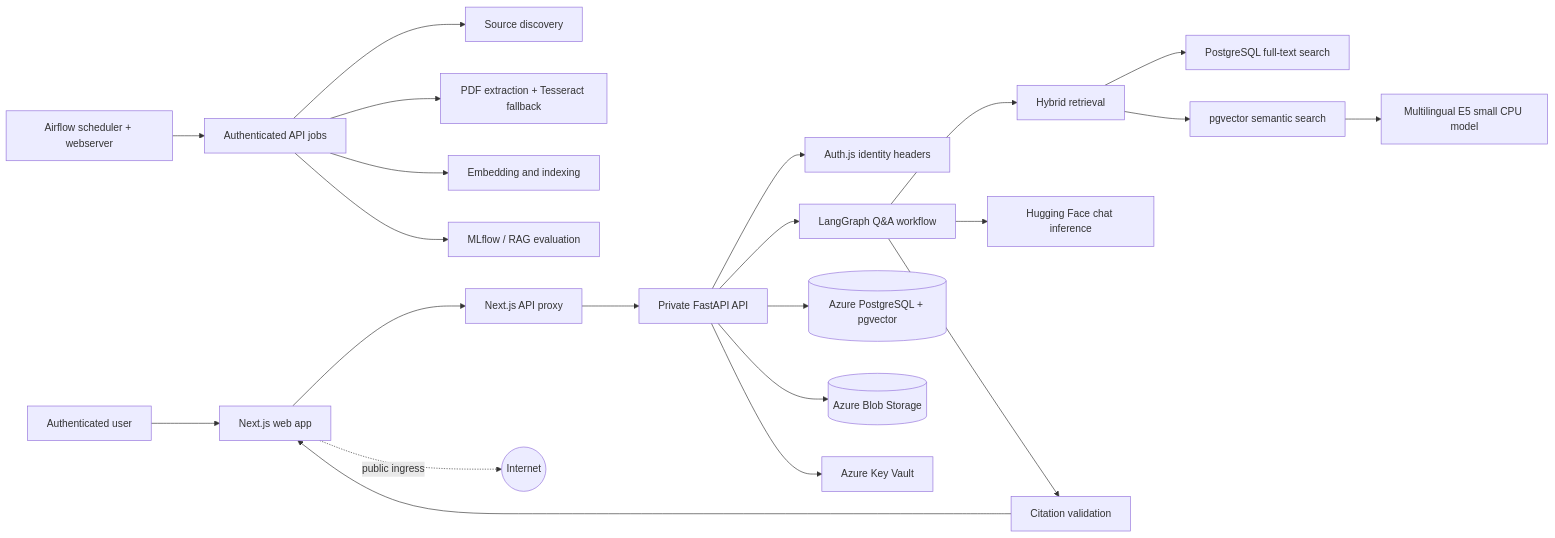
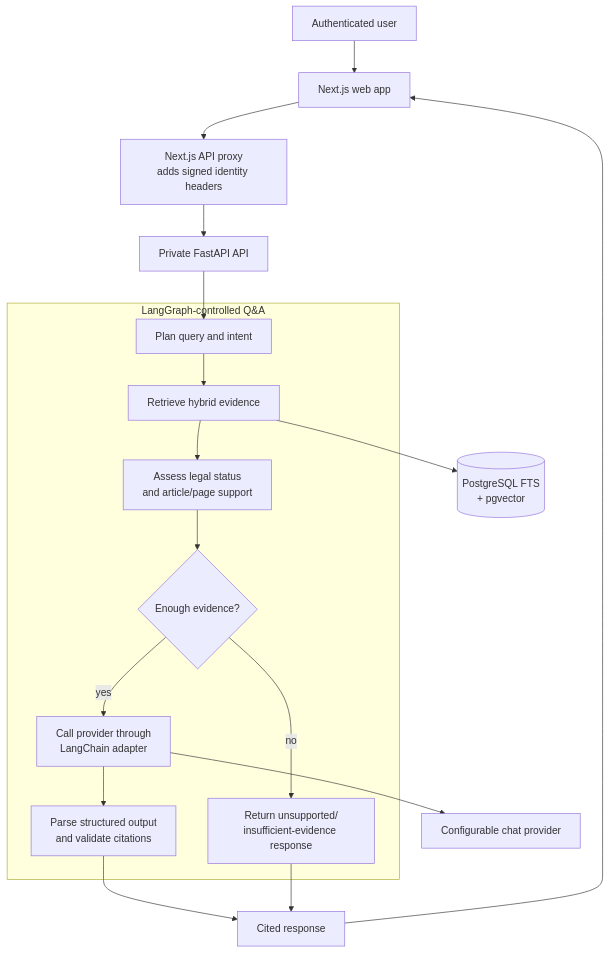
One commit to thaitri2005/TaxLens-AI changed the second of 3 diagrams in README.md. Above: the diagram before and after it, drawn with Mermaid. The commit also changed other lines of this file, not shown here.

Commit message:
Document evidence-driven architecture and system boundaries

````diff
--- a/README.md
+++ b/README.md
@@ -41,27 +82,27 @@
 ```mermaid
-flowchart LR
+flowchart TB
     User[Authenticated user] --> Web[Next.js web app]
-    Web --> Proxy[Next.js API proxy]
+    Web --> Proxy[Next.js API proxy<br/>adds signed identity headers]
     Proxy --> API[Private FastAPI API]
 
-    API --> Auth[Auth.js identity headers]
-    API --> Graph[LangGraph Q&A workflow]
-    Graph --> Retrieval[Hybrid retrieval]
-    Retrieval --> FTS[PostgreSQL full-text search]
-    Retrieval --> Vector[pgvector semantic search]
-    Vector --> Embed[Multilingual E5 small CPU model]
-    Graph --> HF[Hugging Face chat inference]
-    Graph --> Citations[Citation validation]
-    Citations --> Web
+    subgraph Q[LangGraph-controlled Q&A]
+        Plan[Plan query and intent]
+        Retrieve[Retrieve hybrid evidence]
+        Assess[Assess legal status<br/>and article/page support]
+        Route{Enough evidence?}
+        Generate[Call provider through<br/>LangChain adapter]
+        Validate[Parse structured output<br/>and validate citations]
+        Fallback[Return unsupported/<br/>insufficient-evidence response]
+        Plan --> Retrieve --> Assess --> Route
+        Route -->|yes| Generate --> Validate
+        Route -->|no| Fallback
+    end
 
-    Airflow[Airflow scheduler + webserver] --> Jobs[Authenticated API jobs]
-    Jobs --> Discover[Source discovery]
-    Jobs --> Process[PDF extraction + Tesseract fallback]
-    Jobs --> EmbedJob[Embedding and indexing]
-    Jobs --> Eval[MLflow / RAG evaluation]
+    API --> Plan
+    Validate --> Response[Cited response]
+    Fallback --> Response
+    Response --> Web
 
-    API --> DB[(Azure PostgreSQL + pgvector)]
-    API --> Blob[(Azure Blob Storage)]
-    API --> KV[Azure Key Vault]
-    Web -. public ingress .-> Internet((Internet))
+    Retrieve --> DB[(PostgreSQL FTS<br/>+ pgvector)]
+    Generate --> Model[Configurable chat provider]
 ```
````
